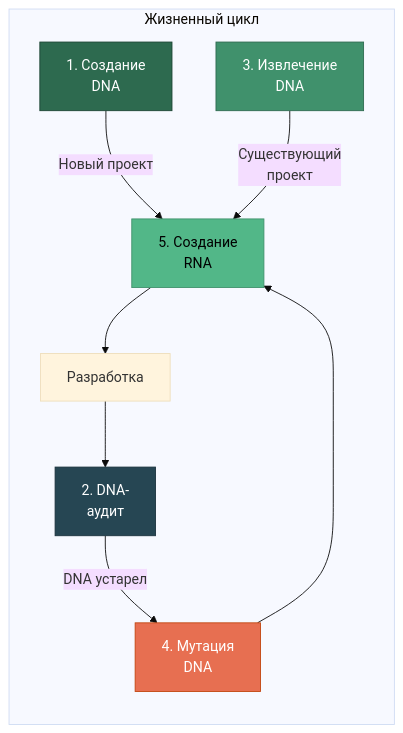
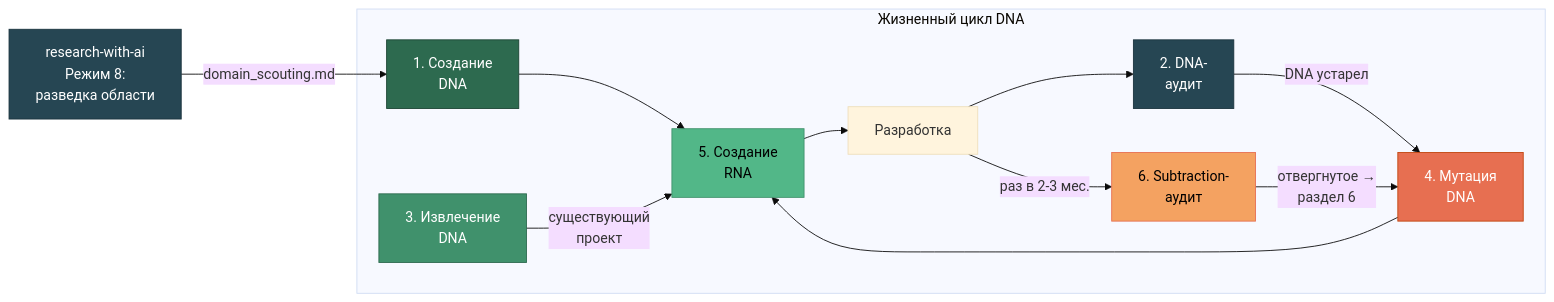
The first of 8 diagrams in docs/modes-ru.md (SizovOleg/project-dna), drawn with Mermaid (base theme) before and after one commit. The commit also changed other lines of this file and 9 other files, not shown here.

````diff
--- a/docs/modes-ru.md
+++ b/docs/modes-ru.md
@@ -7,24 +7,32 @@
 ```mermaid
 flowchart LR
-    subgraph "Жизненный цикл"
+    SCOUT["research-with-ai<br/>Режим 8:<br/>разведка области"]
+
+    subgraph "Жизненный цикл DNA"
         M1["1. Создание<br/>DNA"]
         M5["5. Создание<br/>RNA"]
         WORK["Разработка"]
         M2["2. DNA-<br/>аудит"]
         M3["3. Извлечение<br/>DNA"]
         M4["4. Мутация<br/>DNA"]
+        M6["6. Subtraction-<br/>аудит"]
     end
 
-    M1 -->|"Новый проект"| M5
+    SCOUT -->|"domain_scouting.md"| M1
+    M1 --> M5
     M5 --> WORK
     WORK --> M2
     M2 -->|"DNA устарел"| M4
     M4 --> M5
-    M3 -->|"Существующий<br/>проект"| M5
+    M3 -->|"существующий<br/>проект"| M5
+    WORK -->|"раз в 2-3 мес."| M6
+    M6 -->|"отвергнутое →<br/>раздел 6"| M4
 
+    style SCOUT fill:#264653,stroke:#1a323d,color:#fff
     style M1 fill:#2d6a4f,stroke:#1b4332,color:#fff
     style M2 fill:#264653,stroke:#1a323d,color:#fff
     style M3 fill:#40916c,stroke:#2d6a4f,color:#fff
     style M4 fill:#e76f51,stroke:#c1440e,color:#fff
     style M5 fill:#52b788,stroke:#40916c,color:#000
+    style M6 fill:#f4a261,stroke:#e76f51,color:#000
 ```
````
